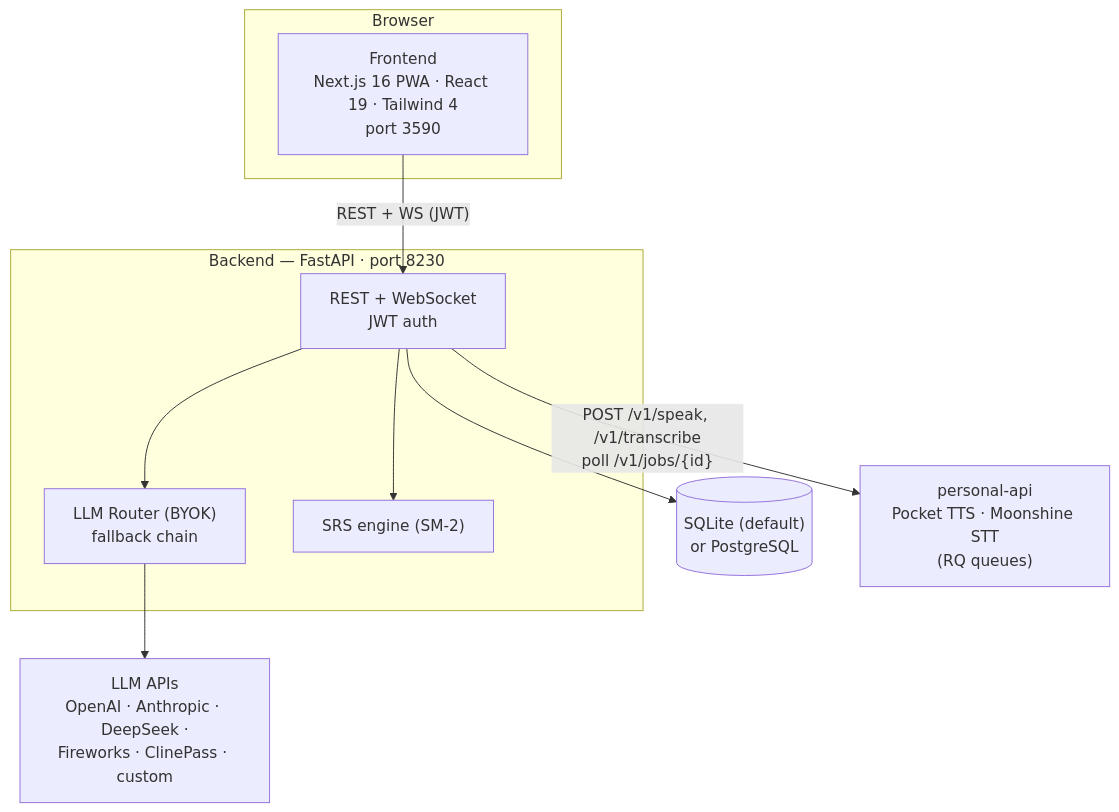
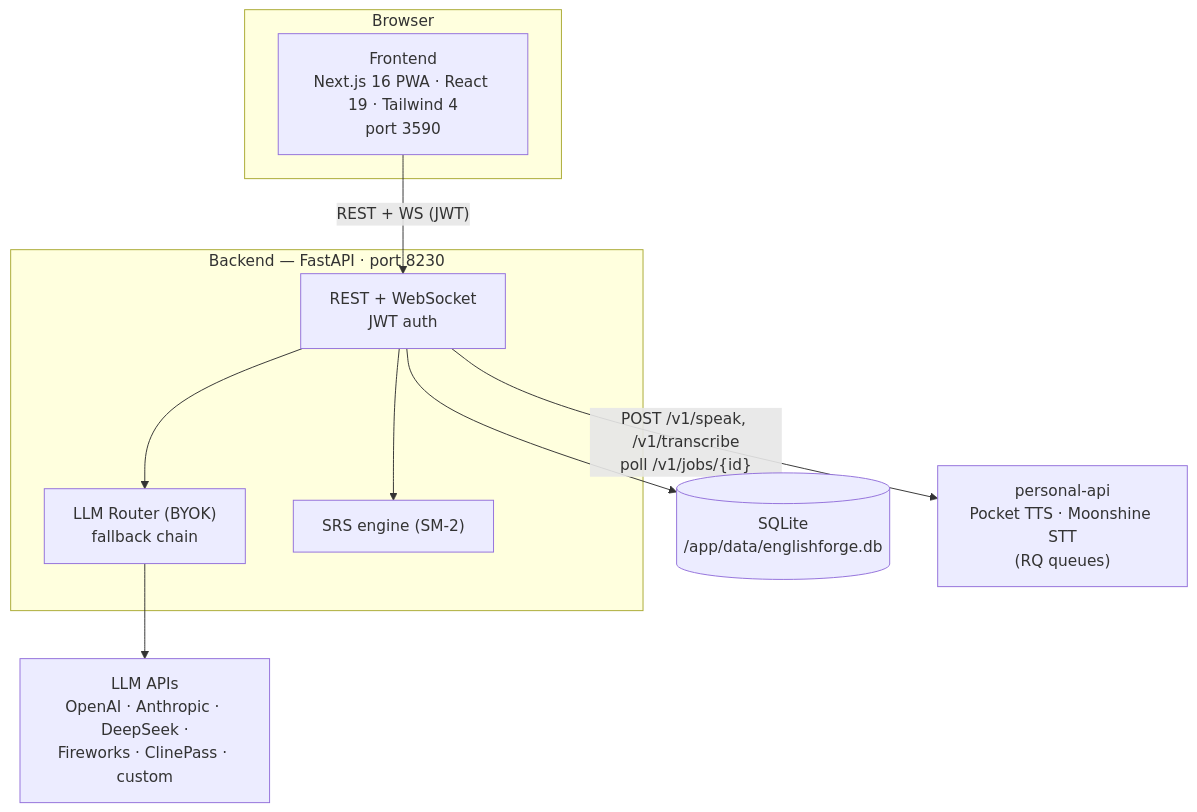
One commit to dahch/english-forge changed the first of 2 diagrams in DESIGN.md. Above: the diagram before and after it, drawn with Mermaid. The commit also changed other lines of this file and 3 other files, not shown here.

````diff
--- a/DESIGN.md
+++ b/DESIGN.md
@@ -7,21 +7,21 @@
 ```mermaid
 graph TB
     subgraph Browser
         FE["Frontend<br/>Next.js 16 PWA · React 19 · Tailwind 4<br/>port 3590"]
     end
     subgraph Backend["Backend — FastAPI · port 8230"]
         API["REST + WebSocket<br/>JWT auth"]
         LLMR["LLM Router (BYOK)<br/>fallback chain"]
         SRS["SRS engine (SM-2)"]
     end
-    DB[("SQLite (default)<br/>or PostgreSQL")]
+    DB[("SQLite<br/>/app/data/englishforge.db")]
     PA["personal-api<br/>Pocket TTS · Moonshine STT<br/>(RQ queues)"]
     LLM["LLM APIs<br/>OpenAI · Anthropic · DeepSeek ·<br/>Fireworks · ClinePass · custom"]
 
     FE -- "REST + WS (JWT)" --> API
     API --> LLMR
     API --> SRS
     API --> DB
     LLMR --> LLM
     API -- "POST /v1/speak, /v1/transcribe<br/>poll /v1/jobs/{id}" --> PA
 ```
````
